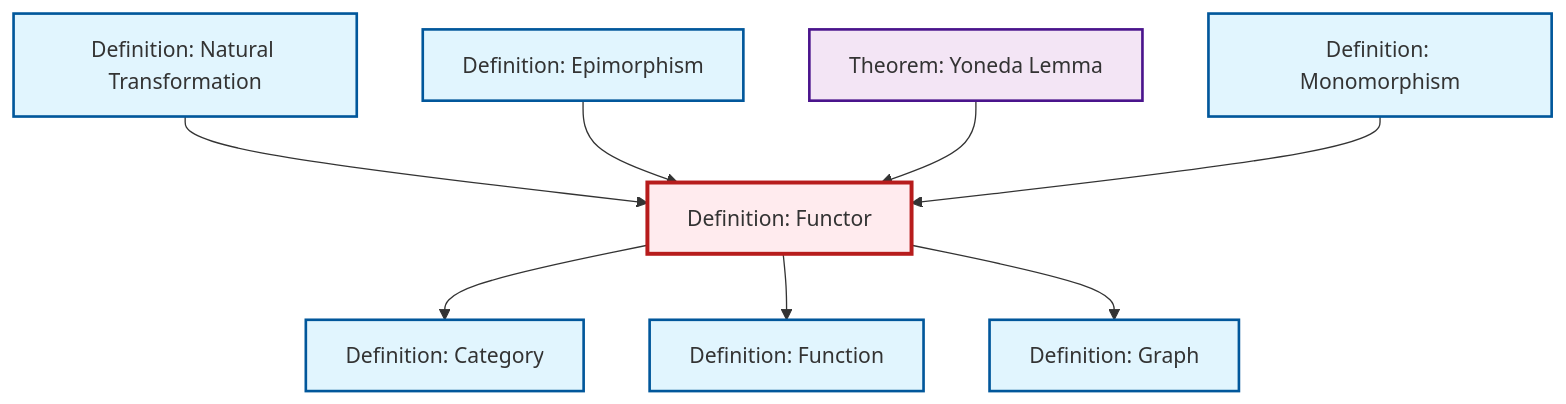
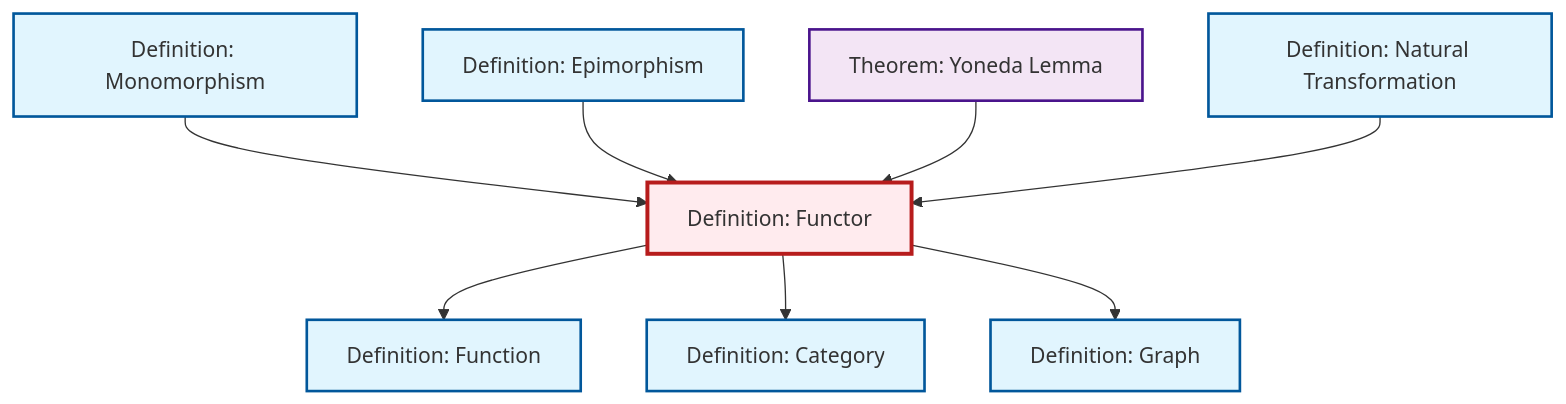
Before and after one commit to RK0429/ModernMath: the diagram in content/en/category-theory/def-functor.qmd, drawn with Mermaid. The commit also changed other lines of this file and 328 other files, not shown here.

````diff
--- a/content/en/category-theory/def-functor.qmd
+++ b/content/en/category-theory/def-functor.qmd
@@ -50,32 +50,32 @@
 ```{mermaid}
 %%| fig-cap: "Local dependency graph"
 graph TD
     classDef definition fill:#e1f5fe,stroke:#01579b,stroke-width:2px
     classDef theorem fill:#f3e5f5,stroke:#4a148c,stroke-width:2px
     classDef axiom fill:#fff3e0,stroke:#e65100,stroke-width:2px
     classDef example fill:#e8f5e9,stroke:#1b5e20,stroke-width:2px
     classDef current fill:#ffebee,stroke:#b71c1c,stroke-width:3px
-    def-natural-transformation["Definition: Natural Transformation"]:::definition
-    def-function["Definition: Function"]:::definition
+    def-graph["Definition: Graph"]:::definition
     thm-yoneda["Theorem: Yoneda Lemma"]:::theorem
     def-epimorphism["Definition: Epimorphism"]:::definition
+    def-function["Definition: Function"]:::definition
+    def-functor["Definition: Functor"]:::definition
+    def-natural-transformation["Definition: Natural Transformation"]:::definition
     def-category["Definition: Category"]:::definition
-    def-functor["Definition: Functor"]:::definition
     def-monomorphism["Definition: Monomorphism"]:::definition
-    def-graph["Definition: Graph"]:::definition
+    def-monomorphism --> def-functor
+    def-epimorphism --> def-functor
+    def-functor --> def-function
+    thm-yoneda --> def-functor
     def-functor --> def-category
-    def-functor --> def-function
     def-natural-transformation --> def-functor
-    def-epimorphism --> def-functor
-    thm-yoneda --> def-functor
-    def-monomorphism --> def-functor
     def-functor --> def-graph
     class def-functor current
-    click def-natural-transformation "def-natural-transformation.html" "Go to Natural Transformation definition"
-    click def-function "def-function.html" "Go to Function definition"
+    click def-graph "def-graph.html" "Go to Graph definition"
     click thm-yoneda "thm-yoneda.html" "Go to Yoneda Lemma theorem"
     click def-epimorphism "def-epimorphism.html" "Go to Epimorphism definition"
+    click def-function "def-function.html" "Go to Function definition"
+    click def-natural-transformation "def-natural-transformation.html" "Go to Natural Transformation definition"
     click def-category "def-category.html" "Go to Category definition"
     click def-monomorphism "def-monomorphism.html" "Go to Monomorphism definition"
-    click def-graph "def-graph.html" "Go to Graph definition"
 ```
````
